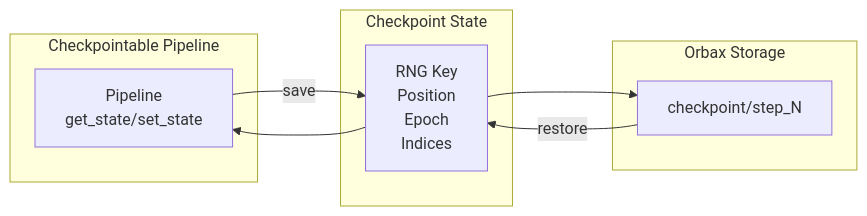
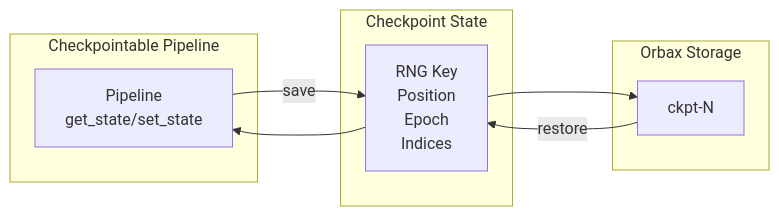
Before and after one commit to avitai/datarax: the diagram in docs/examples/advanced/checkpointing/checkpoint-quickref.md, drawn with Mermaid. The commit also changed other lines of this file and 257 other files, not shown here.

````diff
--- a/docs/examples/advanced/checkpointing/checkpoint-quickref.md
+++ b/docs/examples/advanced/checkpointing/checkpoint-quickref.md
@@ -56,17 +56,17 @@
 ```mermaid
 flowchart LR
     subgraph Pipeline["Checkpointable Pipeline"]
         P[Pipeline<br/>get_state/set_state]
     end
 
     subgraph State["Checkpoint State"]
         S[RNG Key<br/>Position<br/>Epoch<br/>Indices]
     end
 
     subgraph Storage["Orbax Storage"]
-        F[checkpoint/step_N]
+        F[ckpt-N]
     end
 
     P -->|save| S --> F
     F -->|restore| S --> P
 ```
````
